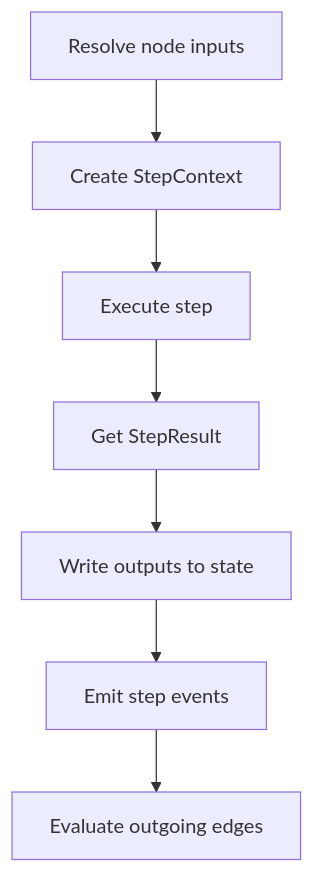
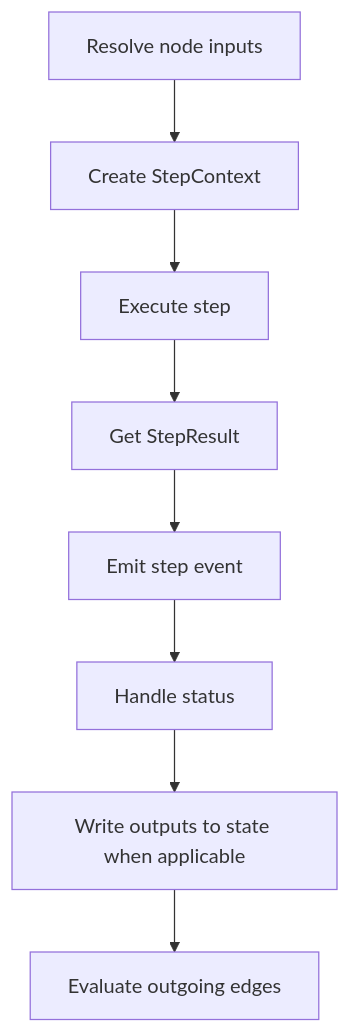
One commit to alicank/Spectra changed the diagram in docs/spectra-docs/docs/concepts/steps.md. Above: the diagram before and after it, drawn with Mermaid. The commit also changed other lines of this file and 62 other files, not shown here.

````diff
--- a/docs/spectra-docs/docs/concepts/steps.md
+++ b/docs/spectra-docs/docs/concepts/steps.md
@@ -187,9 +187,10 @@
 ```mermaid
 flowchart TD
     A[Resolve node inputs] --> B[Create StepContext]
     B --> C[Execute step]
     C --> D[Get StepResult]
-    D --> E[Write outputs to state]
-    E --> F[Emit step events]
-    F --> G[Evaluate outgoing edges]
+    D --> E[Emit step event]
+    E --> F[Handle status]
+    F --> G[Write outputs to state when applicable]
+    G --> H[Evaluate outgoing edges]
 ```
````
